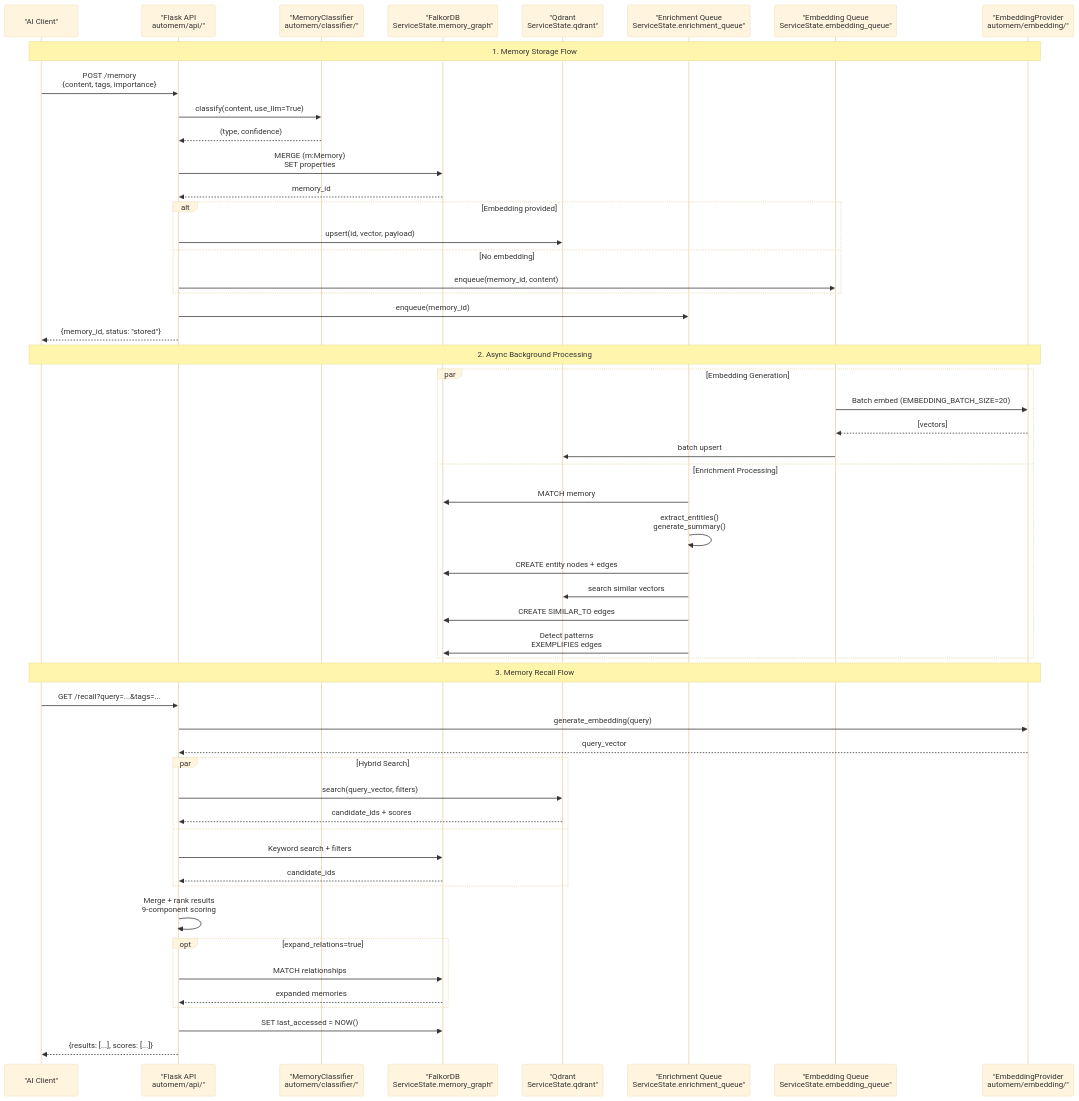
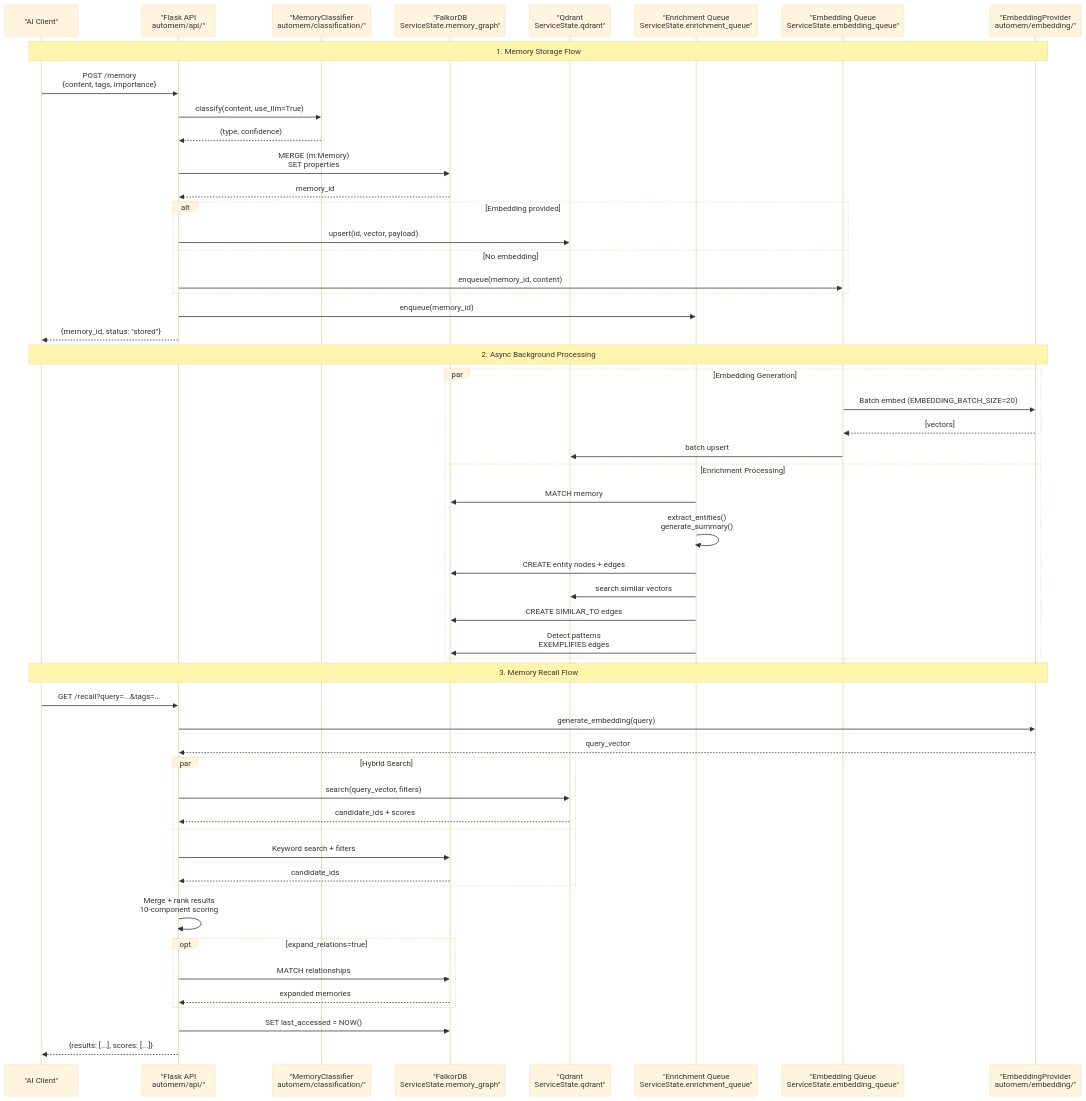
Before and after one commit to verygoodplugins/automem-website: the fourth of 6 diagrams in src/content/docs/docs/overview.md, drawn with Mermaid (base theme). The commit also changed other lines of this file, not shown here.

````diff
--- a/src/content/docs/docs/overview.md
+++ b/src/content/docs/docs/overview.md
@@ -237,70 +237,70 @@
 ```mermaid
 sequenceDiagram
     participant Client as "AI Client"
     participant API as "Flask API<br/>automem/api/"
-    participant Classifier as "MemoryClassifier<br/>automem/classifier/"
+    participant Classifier as "MemoryClassifier<br/>automem/classification/"
     participant Graph as "FalkorDB<br/>ServiceState.memory_graph"
     participant Vector as "Qdrant<br/>ServiceState.qdrant"
     participant EnrichQ as "Enrichment Queue<br/>ServiceState.enrichment_queue"
     participant EmbedQ as "Embedding Queue<br/>ServiceState.embedding_queue"
     participant Provider as "EmbeddingProvider<br/>automem/embedding/"
 
     Note over Client,Provider: 1. Memory Storage Flow
 
     Client->>API: POST /memory<br/>{content, tags, importance}
 
     API->>Classifier: classify(content, use_llm=True)
     Classifier-->>API: (type, confidence)
 
     API->>Graph: MERGE (m:Memory)<br/>SET properties
     Graph-->>API: memory_id
 
     alt Embedding provided
         API->>Vector: upsert(id, vector, payload)
     else No embedding
         API->>EmbedQ: enqueue(memory_id, content)
     end
 
     API->>EnrichQ: enqueue(memory_id)
     API-->>Client: {memory_id, status: "stored"}
 
     Note over Client,Provider: 2. Async Background Processing
 
     par Embedding Generation
         EmbedQ->>Provider: Batch embed (EMBEDDING_BATCH_SIZE=20)
         Provider-->>EmbedQ: [vectors]
         EmbedQ->>Vector: batch upsert
     and Enrichment Processing
         EnrichQ->>Graph: MATCH memory
         EnrichQ->>EnrichQ: extract_entities()<br/>generate_summary()
         EnrichQ->>Graph: CREATE entity nodes + edges
         EnrichQ->>Vector: search similar vectors
         EnrichQ->>Graph: CREATE SIMILAR_TO edges
         EnrichQ->>Graph: Detect patterns<br/>EXEMPLIFIES edges
     end
 
     Note over Client,Provider: 3. Memory Recall Flow
 
     Client->>API: GET /recall?query=...&tags=...
 
     API->>Provider: generate_embedding(query)
     Provider-->>API: query_vector
 
     par Hybrid Search
         API->>Vector: search(query_vector, filters)
         Vector-->>API: candidate_ids + scores
     and
         API->>Graph: Keyword search + filters
         Graph-->>API: candidate_ids
     end
 
-    API->>API: Merge + rank results<br/>9-component scoring
+    API->>API: Merge + rank results<br/>10-component scoring
 
     opt expand_relations=true
         API->>Graph: MATCH relationships
         Graph-->>API: expanded memories
     end
 
     API->>Graph: SET last_accessed = NOW()
     API-->>Client: {results: [...], scores: [...]}
 ```
````
